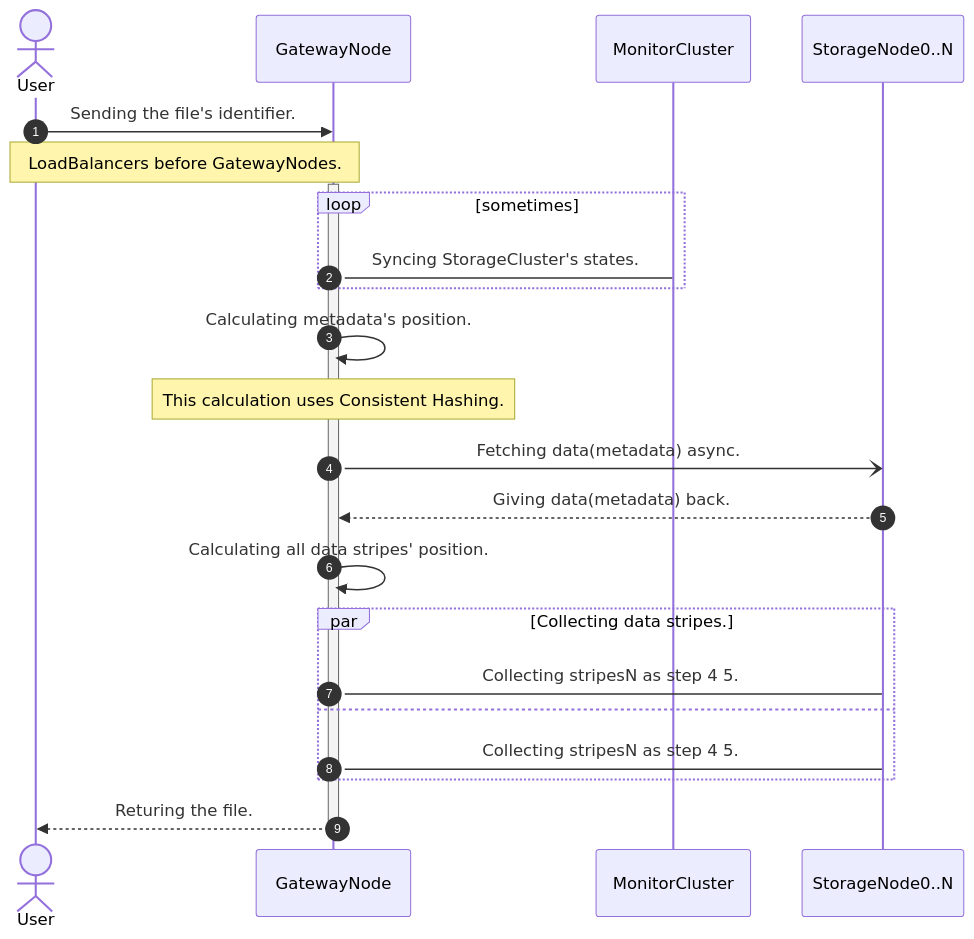
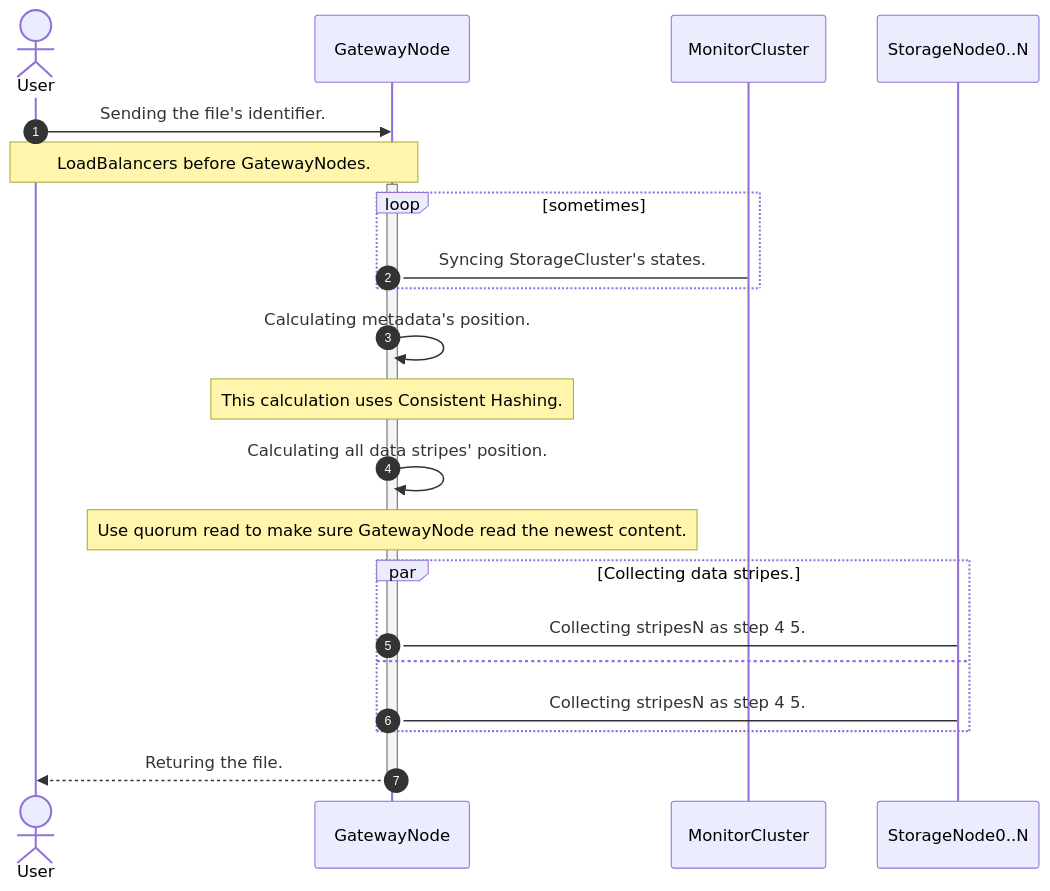
One commit to emon100/HADSS changed the second of 2 diagrams in README.md. Above: the diagram before and after it, drawn with Mermaid. The commit also changed other lines of this file, not shown here.

Commit message:
doc: Update sequence diagram in README.md

````diff
--- a/README.md
+++ b/README.md
@@ -101,29 +80,28 @@
 ```mermaid
 sequenceDiagram
     autonumber
     actor User
     
     User->>GatewayNode: Sending the file's identifier.
     Note over User, GatewayNode: LoadBalancers before GatewayNodes.
     activate GatewayNode
     
     loop sometimes
         GatewayNode->MonitorCluster: Syncing StorageCluster's states.
     end
     
     GatewayNode->>GatewayNode: Calculating metadata's position. 
-    Note over GatewayNode, GatewayNode: This calculation uses Consistent Hashing.
-    
-    GatewayNode-)StorageNode0..N: Fetching data(metadata) async.
-    StorageNode0..N-->>GatewayNode: Giving data(metadata) back.
+    Note over GatewayNode, GatewayNode: This calculation uses Consistent Hashing. 
     
     GatewayNode->>GatewayNode: Calculating all data stripes' position. 
+    
+    Note over GatewayNode, GatewayNode: Use quorum read to make sure GatewayNode read the newest content. 
     par Collecting data stripes.
     GatewayNode->StorageNode0..N: Collecting stripesN as step 4 5.
     and
     GatewayNode->StorageNode0..N: Collecting stripesN as step 4 5.
     end
     GatewayNode-->>User: Returing the file.
     deactivate GatewayNode
     
 ```
````
